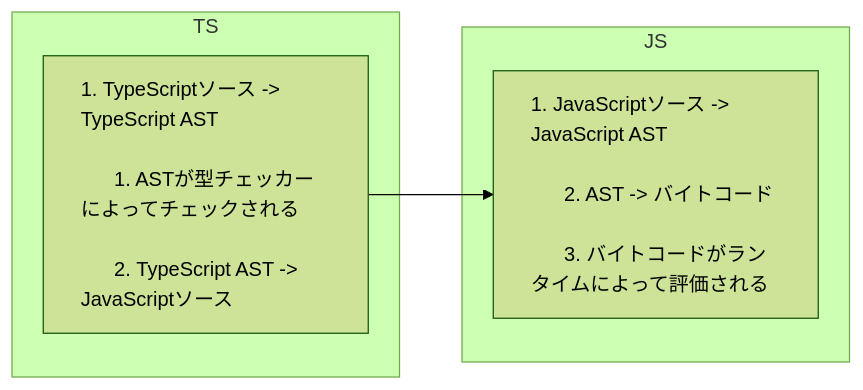
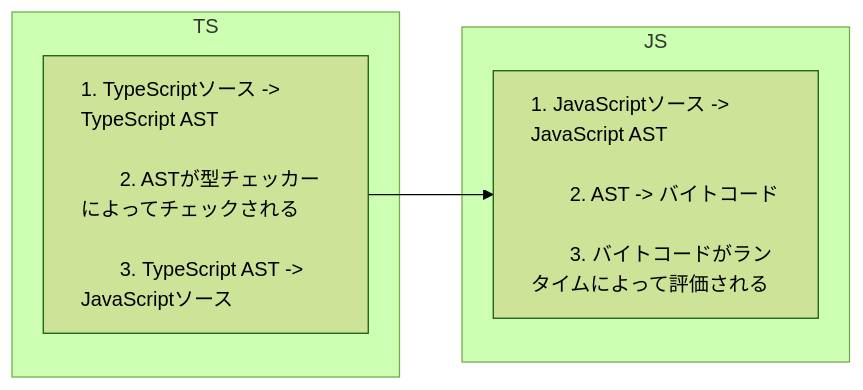
One commit to kuromitsu0104/TIL changed the diagram in docs/typescript/プログラミングTypeScript/note.md. Above: the diagram before and after it, drawn with Mermaid (forest theme).

````diff
--- a/docs/typescript/プログラミングTypeScript/note.md
+++ b/docs/typescript/プログラミングTypeScript/note.md
@@ -188,18 +188,18 @@
   ```mermaid
   graph LR
     subgraph TS
       style A text-align:left
       A["1. TypeScriptソース -> TypeScript AST<br>
-        1. ASTが型チェッカーによってチェックされる<br>
-        2. TypeScript AST -> JavaScriptソース"]
+         2. ASTが型チェッカーによってチェックされる<br>
+         3. TypeScript AST -> JavaScriptソース"]
     end
 
     subgraph JS
       style B text-align:left
       B["1. JavaScriptソース -> JavaScript AST<br>
-        2. AST -> バイトコード<br>
-        3. バイトコードがランタイムによって評価される"]
+         2. AST -> バイトコード<br>
+         3. バイトコードがランタイムによって評価される"]
     end
 
     A --> B
   ```
````
